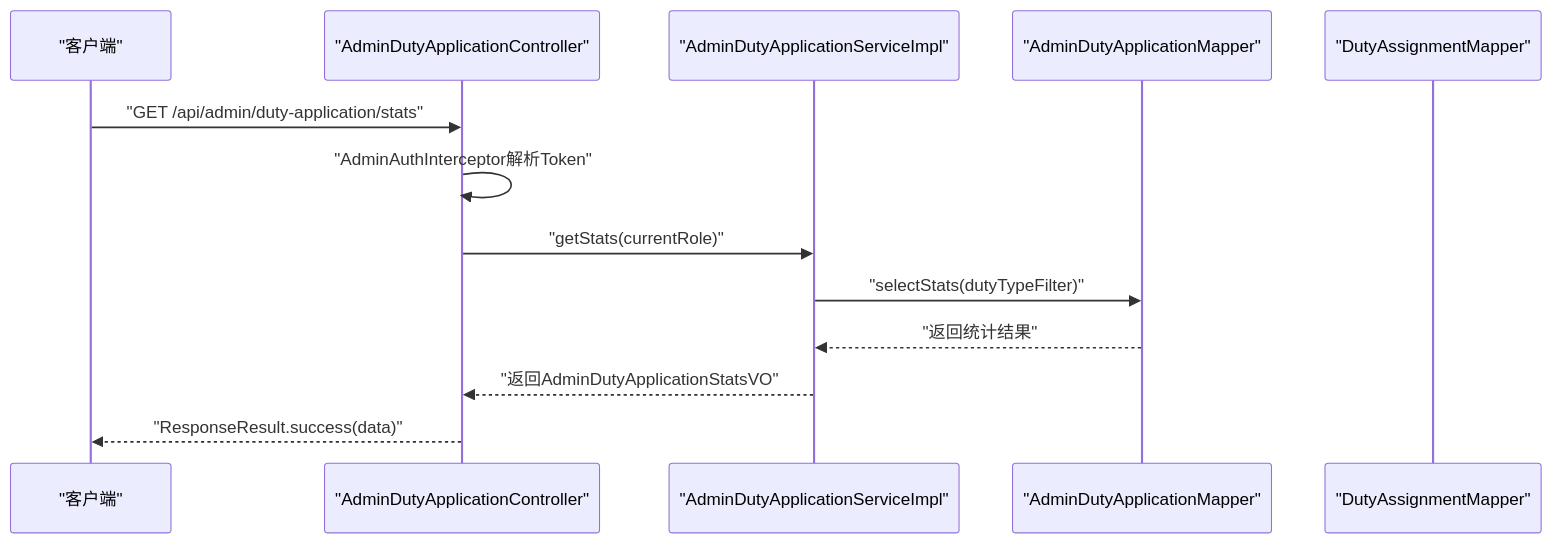
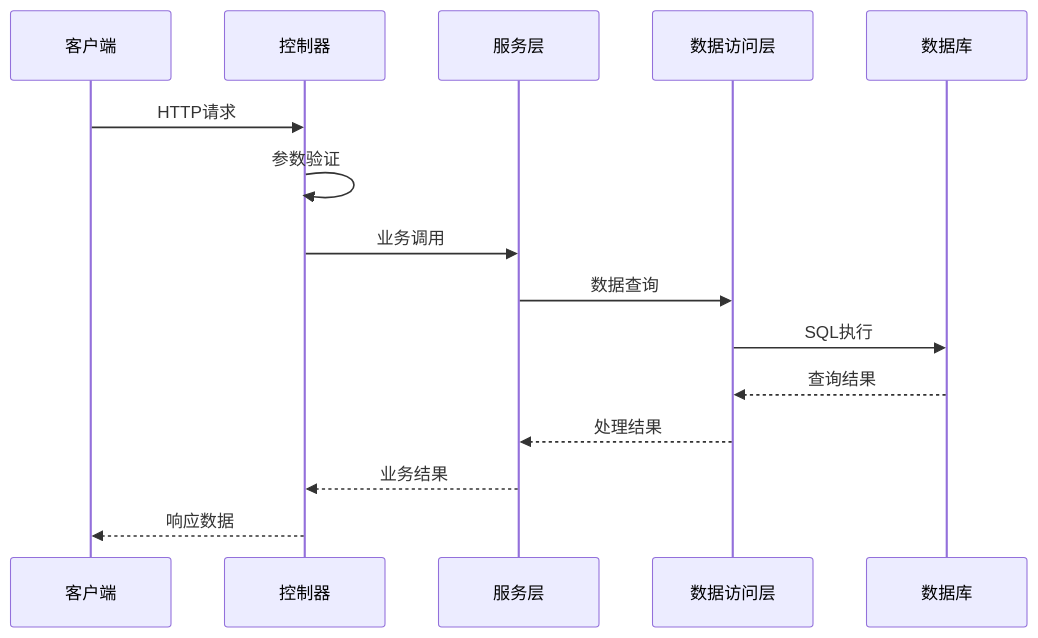
One commit to gaozihaowin/- changed the second of 8 diagrams in .qoder/repowiki/zh/content/志愿者管理模块/志愿者管理模块.md. Above: the diagram before and after it, drawn with Mermaid. The commit also changed other lines of this file and 10 other files, not shown here.

````diff
--- a/.qoder/repowiki/zh/content/志愿者管理模块/志愿者管理模块.md
+++ b/.qoder/repowiki/zh/content/志愿者管理模块/志愿者管理模块.md
@@ -164,15 +137,17 @@
 ```mermaid
 sequenceDiagram
-participant Client as "客户端"
-participant ADC as "AdminDutyApplicationController"
-participant ADSI as "AdminDutyApplicationServiceImpl"
-participant ADM as "AdminDutyApplicationMapper"
-participant DAM as "DutyAssignmentMapper"
-Client->>ADC : "GET /api/admin/duty-application/stats"
-ADC->>ADC : "AdminAuthInterceptor解析Token"
-ADC->>ADSI : "getStats(currentRole)"
-ADSI->>ADM : "selectStats(dutyTypeFilter)"
-ADM-->>ADSI : "返回统计结果"
-ADSI-->>ADC : "返回AdminDutyApplicationStatsVO"
-ADC-->>Client : "ResponseResult.success(data)"
+participant Client as 客户端
+participant Controller as 控制器
+participant Service as 服务层
+participant Mapper as 数据访问层
+participant DB as 数据库
+Client->>Controller : HTTP请求
+Controller->>Controller : 参数验证
+Controller->>Service : 业务调用
+Service->>Mapper : 数据查询
+Mapper->>DB : SQL执行
+DB-->>Mapper : 查询结果
+Mapper-->>Service : 处理结果
+Service-->>Controller : 业务结果
+Controller-->>Client : 响应数据
 ```
````
